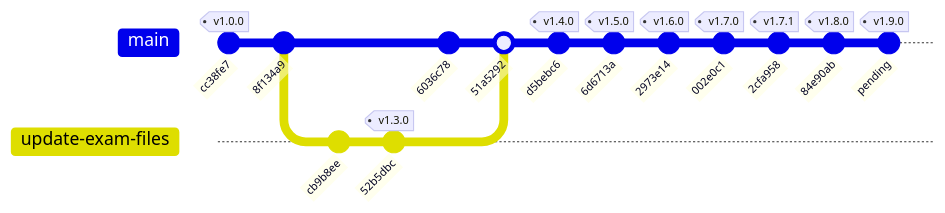
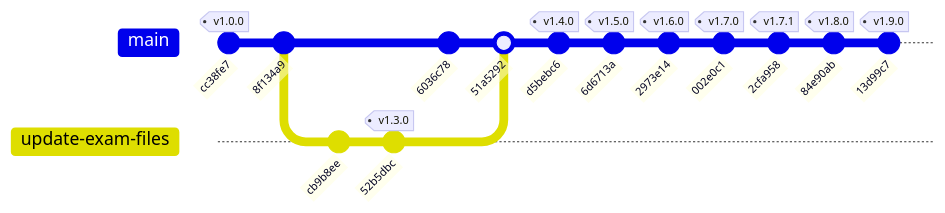
Before and after one commit to renart00001-ux/exam-web: the diagram in README.md, drawn with Mermaid. The commit also changed other lines of this file and 1 other file, not shown here.

Commit message:
docs: sync v1.9.0 timeline and commit records in index.html and README

````diff
--- a/README.md
+++ b/README.md
@@ -46,19 +46,19 @@
 ```mermaid
 gitGraph
     commit id: "cc38fe7" tag: "v1.0.0"
     commit id: "8f134a9"
     branch update-exam-files
     checkout update-exam-files
     commit id: "cb9b8ee"
     commit id: "52b5dbc" tag: "v1.3.0"
     checkout main
     commit id: "6036c78"
     merge update-exam-files id: "51a5292"
     commit id: "d5bebc6" tag: "v1.4.0"
     commit id: "6d6713a" tag: "v1.5.0"
     commit id: "2973e14" tag: "v1.6.0"
     commit id: "002e0c1" tag: "v1.7.0"
     commit id: "2cfa958" tag: "v1.7.1"
     commit id: "84e90ab" tag: "v1.8.0"
-    commit id: "pending" tag: "v1.9.0"
+    commit id: "13d99c7" tag: "v1.9.0"
 ```
````
